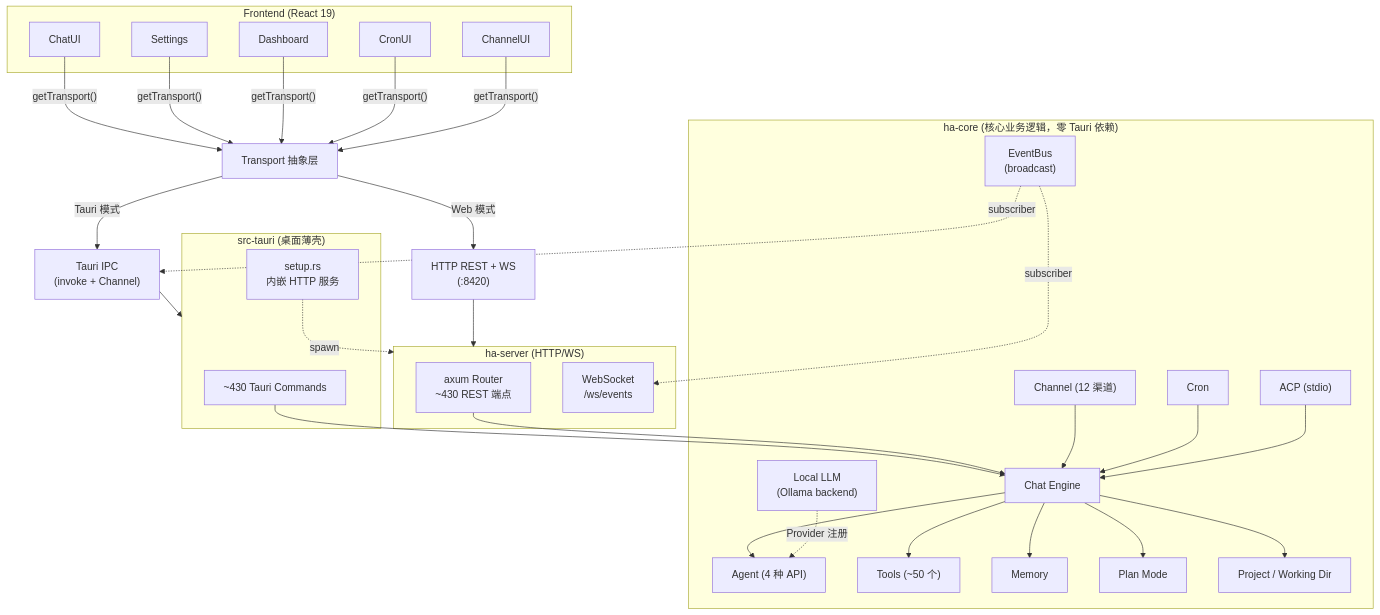
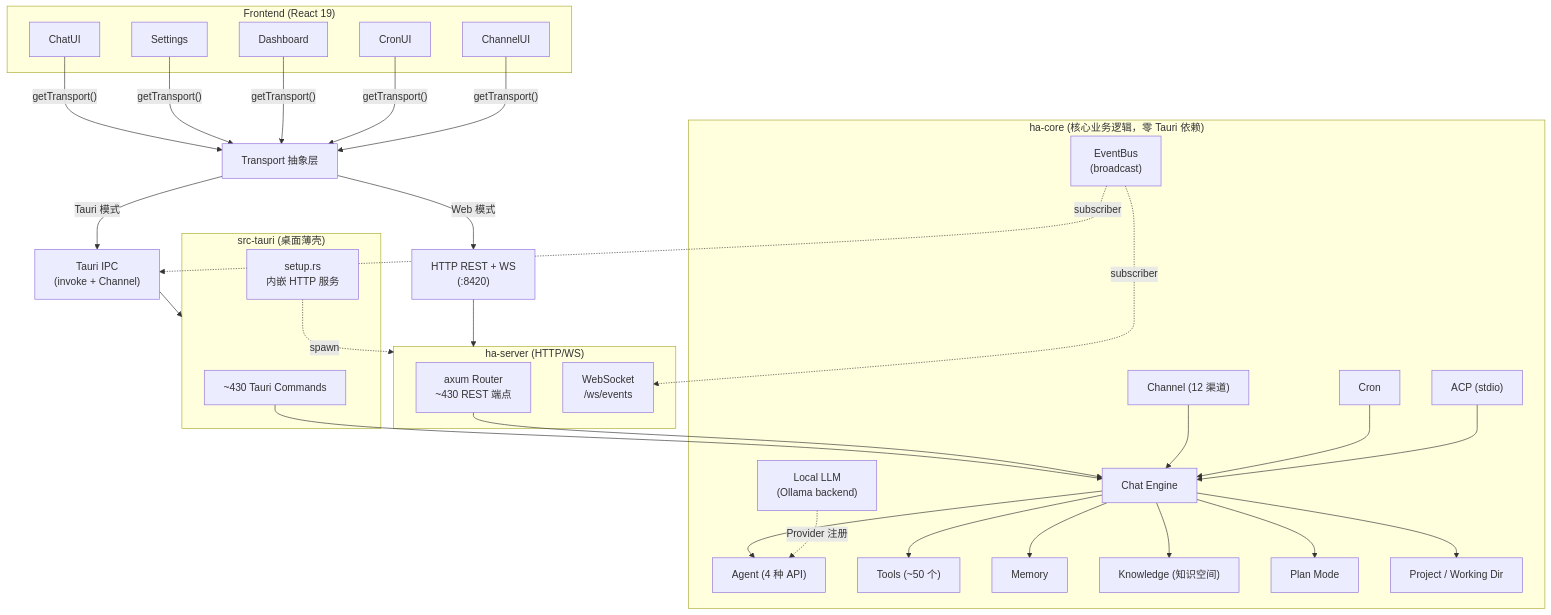
One commit to shiwenwen/hope-agent changed the first of 4 diagrams in docs/architecture/overview.md. Above: the diagram before and after it, drawn with Mermaid. The commit also changed other lines of this file and 10 other files, not shown here.

````diff
--- a/docs/architecture/overview.md
+++ b/docs/architecture/overview.md
@@ -26,52 +26,53 @@
 ```mermaid
 graph TD
     subgraph Frontend["Frontend (React 19)"]
         ChatUI["ChatUI"]
         Settings["Settings"]
         Dashboard_UI["Dashboard"]
         CronUI["CronUI"]
         ChannelUI["ChannelUI"]
     end
 
     ChatUI & Settings & Dashboard_UI & CronUI & ChannelUI -->|"getTransport()"| Transport["Transport 抽象层"]
 
     Transport -->|"Tauri 模式"| IPC["Tauri IPC<br/>(invoke + Channel)"]
     Transport -->|"Web 模式"| HTTP["HTTP REST + WS<br/>(:8420)"]
 
     IPC --> TauriShell
     HTTP --> OcServer
 
     subgraph TauriShell["src-tauri (桌面薄壳)"]
         Commands["~430 Tauri Commands"]
         TauriSetup["setup.rs<br/>内嵌 HTTP 服务"]
     end
 
     subgraph OcServer["ha-server (HTTP/WS)"]
         Router["axum Router<br/>~430 REST 端点"]
         WSHandler["WebSocket<br/>/ws/events"]
     end
 
     Commands --> ChatEngine
     Router --> ChatEngine
     TauriSetup -.->|"spawn"| OcServer
 
     subgraph OcCore["ha-core (核心业务逻辑，零 Tauri 依赖)"]
         ChatEngine["Chat Engine"]
         ChatEngine --> Agent["Agent (4 种 API)"]
         ChatEngine --> Tools["Tools (~50 个)"]
         ChatEngine --> Memory["Memory"]
+        ChatEngine --> Knowledge["Knowledge (知识空间)"]
         ChatEngine --> PlanMode["Plan Mode"]
         ChatEngine --> Project["Project / Working Dir"]
         EventBus["EventBus<br/>(broadcast)"]
         Channel["Channel (12 渠道)"]
         Cron["Cron"]
         ACP["ACP (stdio)"]
         LocalLLM["Local LLM<br/>(Ollama backend)"]
         Channel & Cron & ACP --> ChatEngine
         LocalLLM -.->|"Provider 注册"| Agent
     end
 
     EventBus -.->|"subscriber"| IPC
     EventBus -.->|"subscriber"| WSHandler
 
 ```
````
